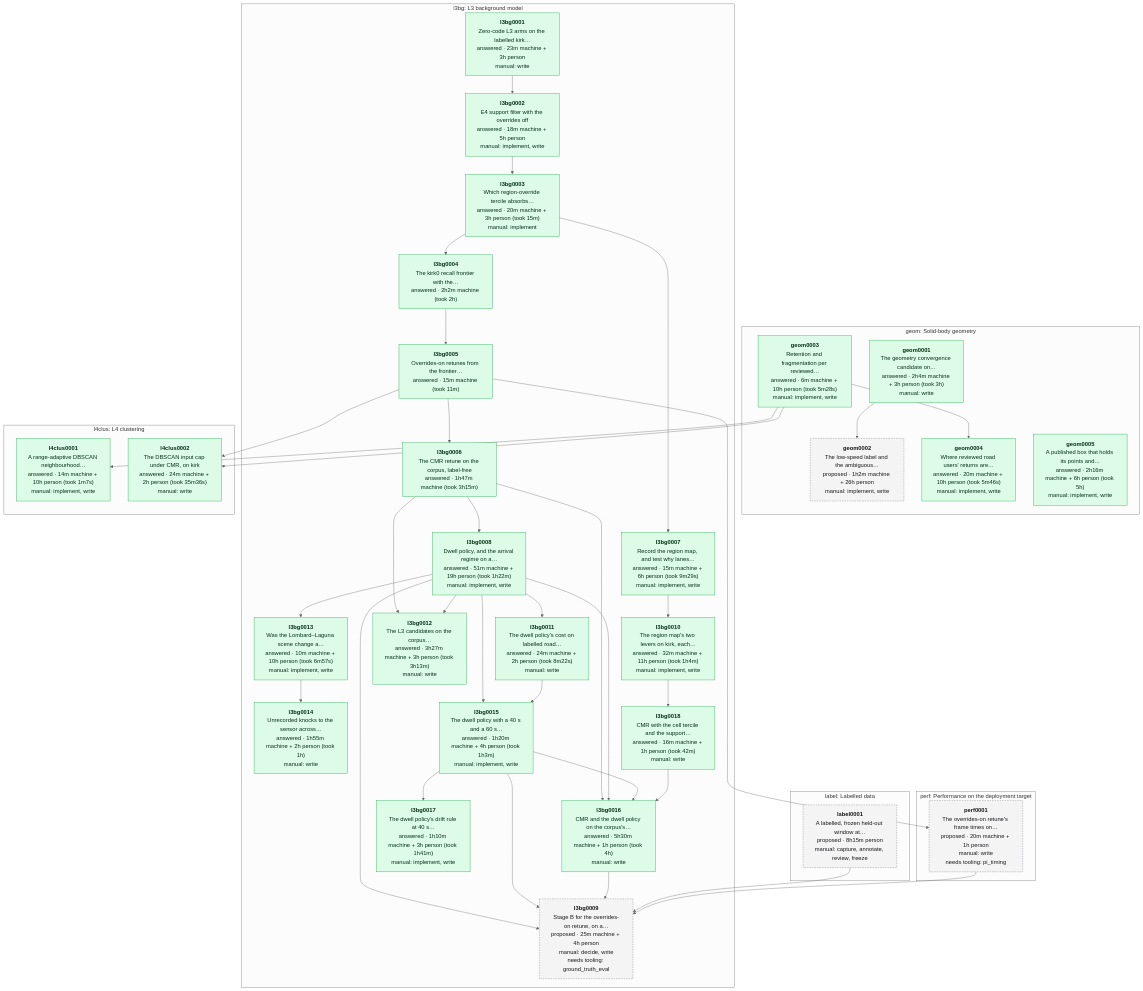
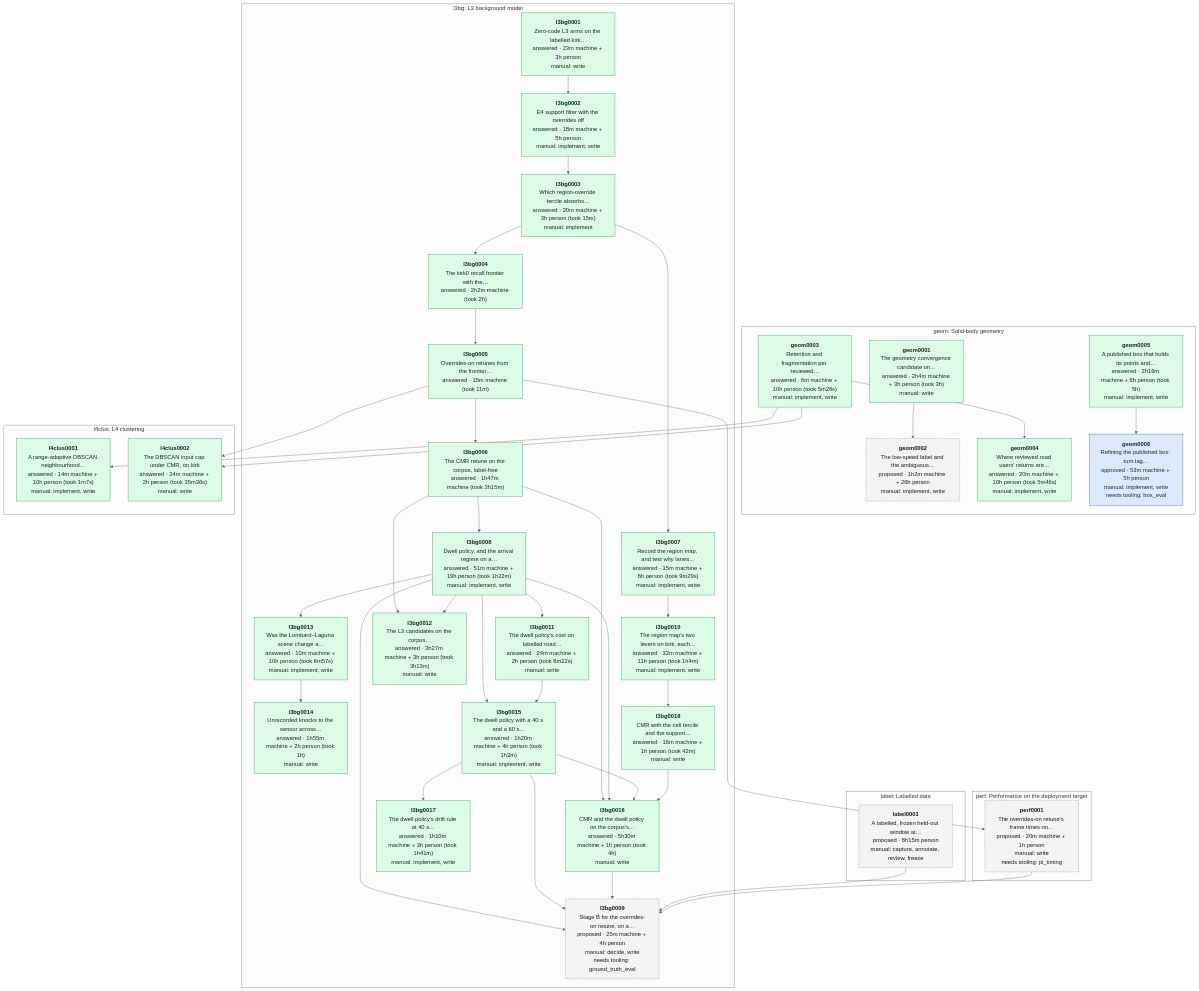
One commit to banshee-data/velocity.report changed the diagram in data/experiments/DEPENDENCIES.md. Above: the diagram before and after it, drawn with Mermaid (neutral theme). The commit also changed other lines of this file and 1 other file, not shown here.

Commit message:
[ai][docs] geom0006 spec: refining the published box, with its adoption rule written before the replays

````diff
--- a/data/experiments/DEPENDENCIES.md
+++ b/data/experiments/DEPENDENCIES.md
@@ -7,76 +7,78 @@
 ```mermaid
 flowchart TB
   classDef proposed fill:#f4f4f5,stroke:#71717a,stroke-dasharray:4 3,color:#18181b
   classDef approved fill:#dbeafe,stroke:#2563eb,color:#172554
   classDef answered fill:#dcfce7,stroke:#16a34a,color:#052e16
   classDef retired fill:#fafafa,stroke:#d4d4d8,color:#71717a
   subgraph area_geom ["geom: Solid-body geometry"]
     geom0001["<b>geom0001</b><br/>The geometry convergence candidate on…<br/>answered · 2h4m machine + 3h person (took 3h)<br/>manual: write"]:::answered
     geom0002["<b>geom0002</b><br/>The low-speed label and the ambiguous…<br/>proposed · 1h2m machine + 26h person<br/>manual: implement, write"]:::proposed
     geom0003["<b>geom0003</b><br/>Retention and fragmentation per reviewed…<br/>answered · 6m machine + 10h person (took 5m28s)<br/>manual: implement, write"]:::answered
     geom0004["<b>geom0004</b><br/>Where reviewed road users' returns are…<br/>answered · 20m machine + 10h person (took 5m46s)<br/>manual: implement, write"]:::answered
     geom0005["<b>geom0005</b><br/>A published box that holds its points and…<br/>answered · 2h16m machine + 6h person (took 5h)<br/>manual: implement, write"]:::answered
+    geom0006["<b>geom0006</b><br/>Refining the published box: turn lag…<br/>approved · 53m machine + 5h person<br/>manual: implement, write<br/>needs tooling: box_eval"]:::approved
   end
   subgraph area_l3bg ["l3bg: L3 background model"]
     l3bg0001["<b>l3bg0001</b><br/>Zero-code L3 arms on the labelled kirk…<br/>answered · 23m machine + 3h person<br/>manual: write"]:::answered
     l3bg0002["<b>l3bg0002</b><br/>E4 support filter with the overrides off<br/>answered · 18m machine + 5h person<br/>manual: implement, write"]:::answered
     l3bg0003["<b>l3bg0003</b><br/>Which region-override tercile absorbs…<br/>answered · 20m machine + 3h person (took 15m)<br/>manual: implement"]:::answered
     l3bg0004["<b>l3bg0004</b><br/>The kirk0 recall frontier with the…<br/>answered · 2h2m machine (took 2h)"]:::answered
     l3bg0005["<b>l3bg0005</b><br/>Overrides-on retunes from the frontier…<br/>answered · 15m machine (took 11m)"]:::answered
     l3bg0006["<b>l3bg0006</b><br/>The CMR retune on the corpus, label-free<br/>answered · 1h47m machine (took 3h15m)"]:::answered
     l3bg0007["<b>l3bg0007</b><br/>Record the region map, and test why lanes…<br/>answered · 15m machine + 6h person (took 9m29s)<br/>manual: implement, write"]:::answered
     l3bg0008["<b>l3bg0008</b><br/>Dwell policy, and the arrival regime on a…<br/>answered · 51m machine + 19h person (took 1h22m)<br/>manual: implement, write"]:::answered
     l3bg0009["<b>l3bg0009</b><br/>Stage B for the overrides-on retune, on a…<br/>proposed · 25m machine + 4h person<br/>manual: decide, write<br/>needs tooling: ground_truth_eval"]:::proposed
     l3bg0010["<b>l3bg0010</b><br/>The region map's two levers on kirk, each…<br/>answered · 32m machine + 11h person (took 1h4m)<br/>manual: implement, write"]:::answered
     l3bg0011["<b>l3bg0011</b><br/>The dwell policy's cost on labelled road…<br/>answered · 24m machine + 2h person (took 8m22s)<br/>manual: write"]:::answered
     l3bg0012["<b>l3bg0012</b><br/>The L3 candidates on the corpus…<br/>answered · 3h27m machine + 3h person (took 3h13m)<br/>manual: write"]:::answered
     l3bg0013["<b>l3bg0013</b><br/>Was the Lombard–Laguna scene change a…<br/>answered · 10m machine + 10h person (took 6m57s)<br/>manual: implement, write"]:::answered
     l3bg0014["<b>l3bg0014</b><br/>Unrecorded knocks to the sensor across…<br/>answered · 1h55m machine + 2h person (took 1h)<br/>manual: write"]:::answered
     l3bg0015["<b>l3bg0015</b><br/>The dwell policy with a 40 s and a 60 s…<br/>answered · 1h20m machine + 4h person (took 1h3m)<br/>manual: implement, write"]:::answered
     l3bg0016["<b>l3bg0016</b><br/>CMR and the dwell policy on the corpus's…<br/>answered · 5h30m machine + 1h person (took 4h)<br/>manual: write"]:::answered
     l3bg0017["<b>l3bg0017</b><br/>The dwell policy's drift rule at 40 s…<br/>answered · 1h10m machine + 3h person (took 1h41m)<br/>manual: implement, write"]:::answered
     l3bg0018["<b>l3bg0018</b><br/>CMR with the cell tercile and the support…<br/>answered · 16m machine + 1h person (took 42m)<br/>manual: write"]:::answered
   end
   subgraph area_l4clus ["l4clus: L4 clustering"]
     l4clus0001["<b>l4clus0001</b><br/>A range-adaptive DBSCAN neighbourhood…<br/>answered · 14m machine + 10h person (took 1m7s)<br/>manual: implement, write"]:::answered
     l4clus0002["<b>l4clus0002</b><br/>The DBSCAN input cap under CMR, on kirk<br/>answered · 24m machine + 2h person (took 35m36s)<br/>manual: write"]:::answered
   end
   subgraph area_label ["label: Labelled data"]
     label0001["<b>label0001</b><br/>A labelled, frozen held-out window at…<br/>proposed · 8h15m person<br/>manual: capture, annotate, review, freeze"]:::proposed
   end
   subgraph area_perf ["perf: Performance on the deployment target"]
     perf0001["<b>perf0001</b><br/>The overrides-on retune's frame times on…<br/>proposed · 20m machine + 1h person<br/>manual: write<br/>needs tooling: pi_timing"]:::proposed
   end
   geom0001 --> geom0002
   geom0003 --> geom0004
+  geom0005 --> geom0006
   l3bg0001 --> l3bg0002
   l3bg0002 --> l3bg0003
   l3bg0003 --> l3bg0004
   l3bg0004 --> l3bg0005
   l3bg0005 --> l3bg0006
   l3bg0003 --> l3bg0007
   l3bg0006 --> l3bg0008
   l3bg0008 --> l3bg0009
   l3bg0015 --> l3bg0009
   l3bg0016 --> l3bg0009
   label0001 --> l3bg0009
   perf0001 --> l3bg0009
   l3bg0007 --> l3bg0010
   l3bg0008 --> l3bg0011
   l3bg0006 --> l3bg0012
   l3bg0008 --> l3bg0012
   l3bg0008 --> l3bg0013
   l3bg0013 --> l3bg0014
   l3bg0008 --> l3bg0015
   l3bg0011 --> l3bg0015
   l3bg0006 --> l3bg0016
   l3bg0008 --> l3bg0016
   l3bg0015 --> l3bg0016
   l3bg0018 --> l3bg0016
   l3bg0015 --> l3bg0017
   l3bg0010 --> l3bg0018
   geom0003 --> l4clus0001
   geom0003 --> l4clus0002
   l3bg0005 --> l4clus0002
   l3bg0005 --> perf0001
 ```
````
